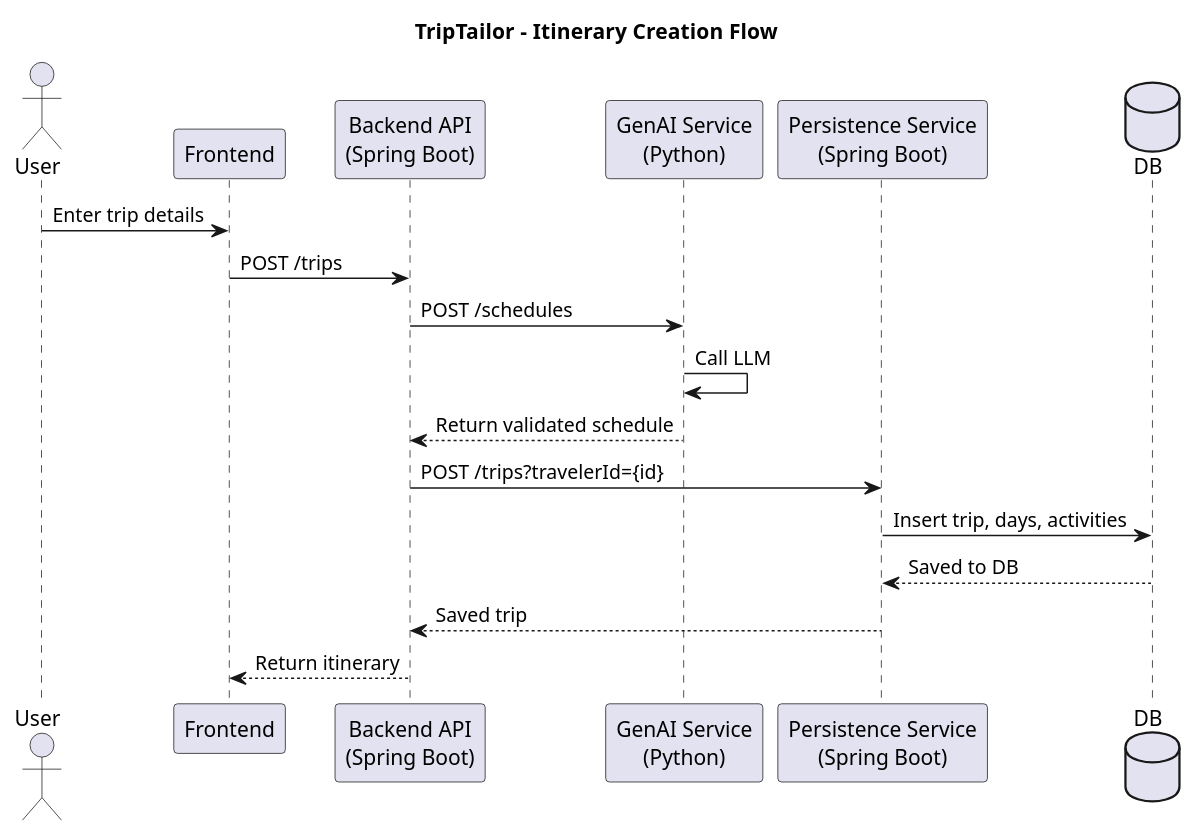
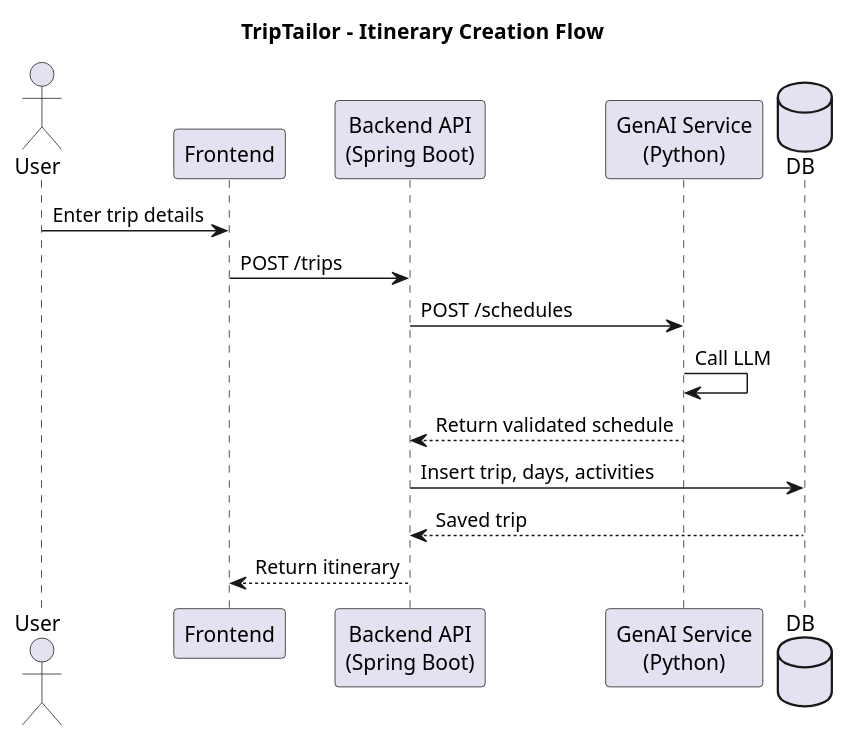
One commit to AET-DevOps26/team-continuous-vacation changed the diagram in diagrams/creation-flow-diagram.puml. Above: the diagram before and after it, drawn with PlantUML. The commit also changed 67 other files, not shown here.

```diff
--- a/diagrams/creation-flow-diagram.puml
+++ b/diagrams/creation-flow-diagram.puml
@@ -1,22 +1,19 @@
 @startuml creation-flow
 title TripTailor - Itinerary Creation Flow
 
 actor User
 participant Frontend
 participant "Backend API\n(Spring Boot)" as API
 participant "GenAI Service\n(Python)" as AI
-participant "Persistence Service\n(Spring Boot)" as PERSIST
 database DB
 
 User -> Frontend : Enter trip details
 Frontend -> API : POST /trips
 API -> AI : POST /schedules
 AI -> AI : Call LLM
 AI --> API : Return validated schedule
-API -> PERSIST : POST /trips?travelerId={id}
-PERSIST -> DB : Insert trip, days, activities
-DB --> PERSIST : Saved to DB
-PERSIST --> API : Saved trip
+API -> DB : Insert trip, days, activities
+DB --> API : Saved trip
 API --> Frontend : Return itinerary
 
 @enduml
```
